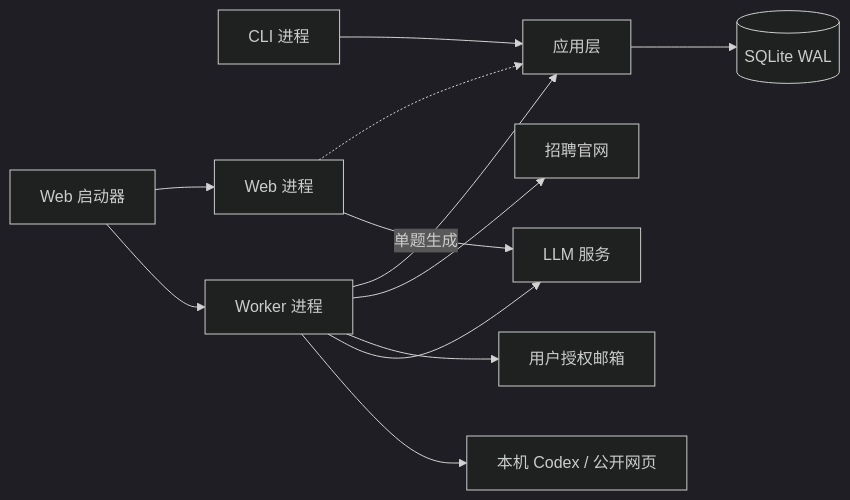
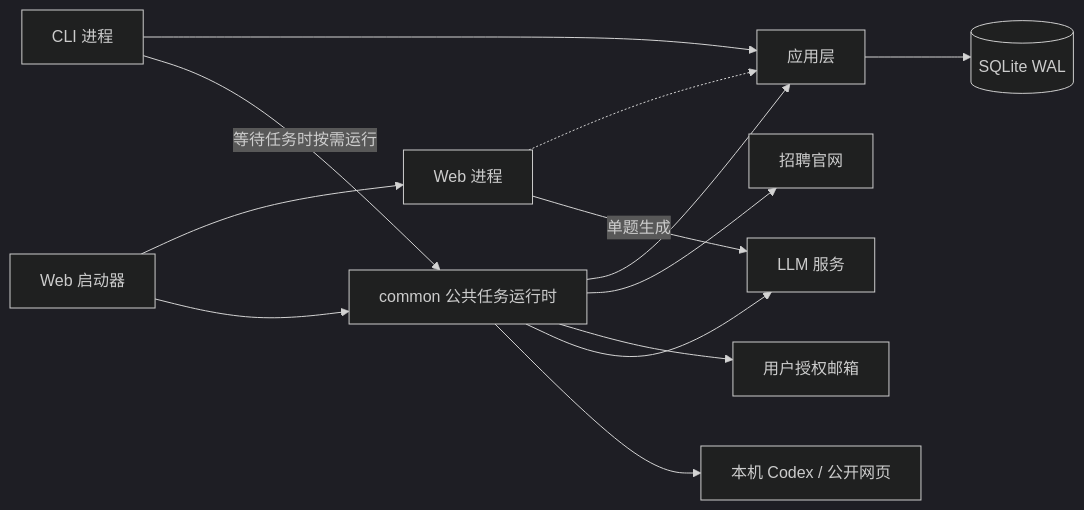
Before and after one commit to MonarchMan/JobHunter: the third of 9 diagrams in docs/arch/overall-arch.md, drawn with Mermaid (dark theme). The commit also changed other lines of this file and 1357 other files, not shown here.

````diff
--- a/docs/arch/overall-arch.md
+++ b/docs/arch/overall-arch.md
@@ -384,14 +299,15 @@
 ```mermaid
 flowchart LR
     CLI["CLI 进程"] --> APP["应用层"]
     LAUNCHER["Web 启动器"] --> WEB["Web 进程"]
     LAUNCHER --> WORKER
     WEB -.-> APP
-    WORKER["Worker 进程"] --> APP
+    WORKER["common 公共任务运行时"] --> APP
+    CLI -->|等待任务时按需运行| WORKER
     APP --> DB[("SQLite WAL")]
     WORKER --> SITE["招聘官网"]
     WORKER --> MAILBOX["用户授权邮箱"]
     WORKER --> MODEL["LLM 服务"]
     WEB -->|单题生成| MODEL
     WORKER --> RESEARCH["本机 Codex / 公开网页"]
 ```
````
